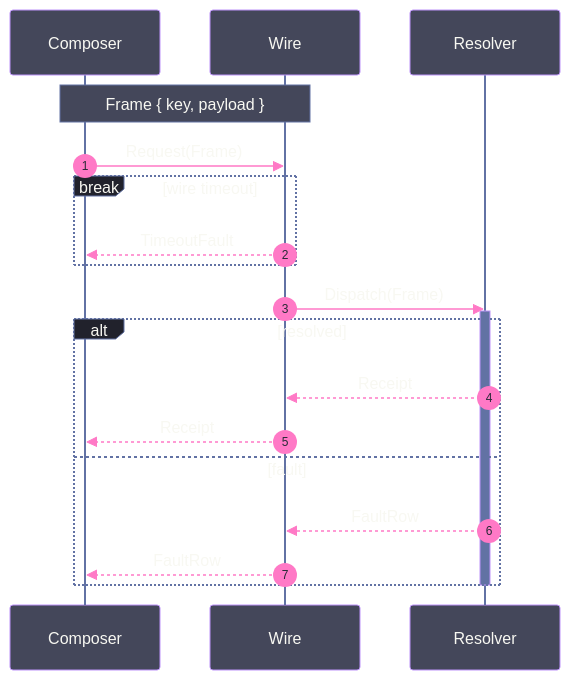
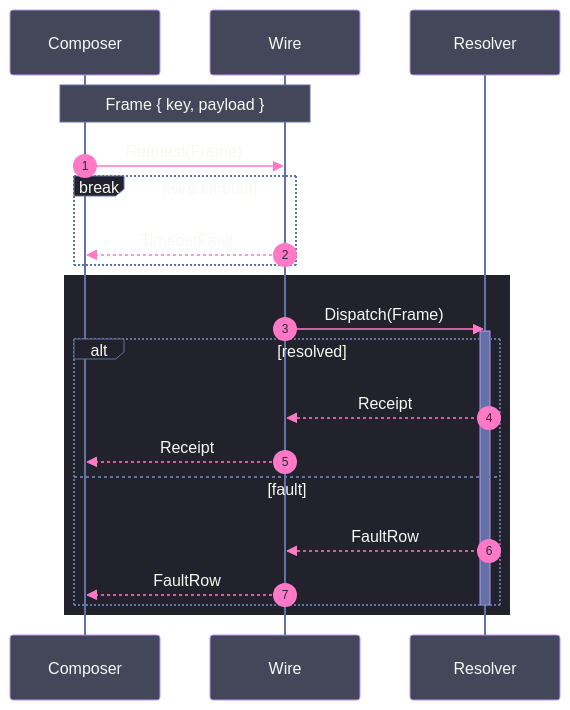
Before and after one commit to bsamiee/Rasm: the diagram in .claude/skills/mermaid-diagramming/templates/wire-sequence.mmd.md, drawn with Mermaid. The commit also changed other lines of this file and 55 other files, not shown here.

````diff
--- a/.claude/skills/mermaid-diagramming/templates/wire-sequence.mmd.md
+++ b/.claude/skills/mermaid-diagramming/templates/wire-sequence.mmd.md
@@ -5,48 +5,51 @@
 ```mermaid
 ---
 config:
   theme: base
   themeVariables:
     darkMode: true
     background: "#282A36"
     primaryColor: "#44475A"
     primaryTextColor: "#F8F8F2"
     actorBkg: "#44475A"
     actorBorder: "#BD93F9"
     actorTextColor: "#F8F8F2"
     actorLineColor: "#6272A4"
     signalColor: "#FF79C6"
     signalTextColor: "#F8F8F2"
     noteBkgColor: "#44475A"
     noteTextColor: "#F8F8F2"
     noteBorderColor: "#6272A4"
     activationBkgColor: "#6272A4"
     activationBorderColor: "#BD93F9"
     loopTextColor: "#F8F8F2"
     labelBoxBkgColor: "#21222C"
     labelBoxBorderColor: "#6272A4"
     labelTextColor: "#F8F8F2"
+    fontFamily: "monospace"
 ---
 sequenceDiagram
     accTitle: Wire exchange
     accDescr: Ordered request and response across a process boundary with a success versus fault alternative, a timeout break, and the frame shape noted over the wire.
     autonumber
     participant C as Composer
     participant W as Wire
     participant R as Resolver
     Note over C,W: Frame { key, payload }
     C->>W: Request(Frame)
     break wire timeout
         W-->>C: TimeoutFault
     end
-    W->>R: Dispatch(Frame)
-    activate R
-    alt resolved
-        R-->>W: Receipt
-        W-->>C: Receipt
-    else fault
-        R-->>W: FaultRow
-        W-->>C: FaultRow
+    rect rgb(33, 34, 44)
+        W->>R: Dispatch(Frame)
+        activate R
+        alt resolved
+            R-->>W: Receipt
+            W-->>C: Receipt
+        else fault
+            R-->>W: FaultRow
+            W-->>C: FaultRow
+        end
+        deactivate R
     end
-    deactivate R
 ```
````
